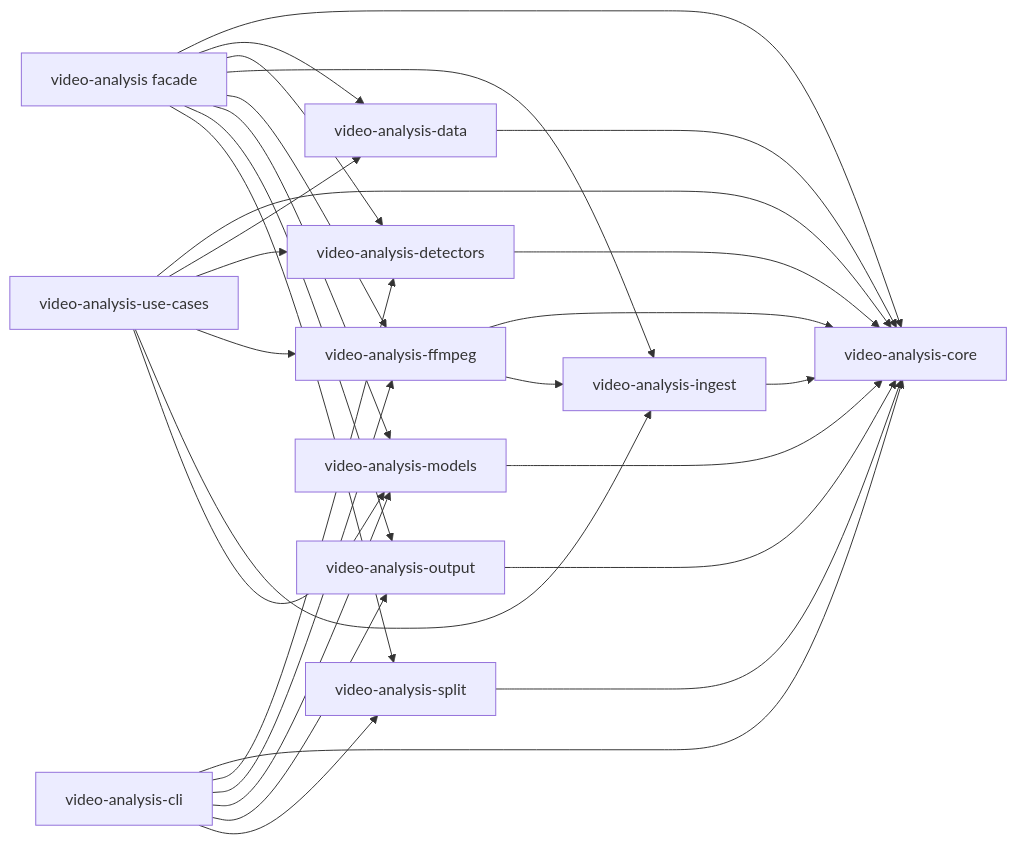
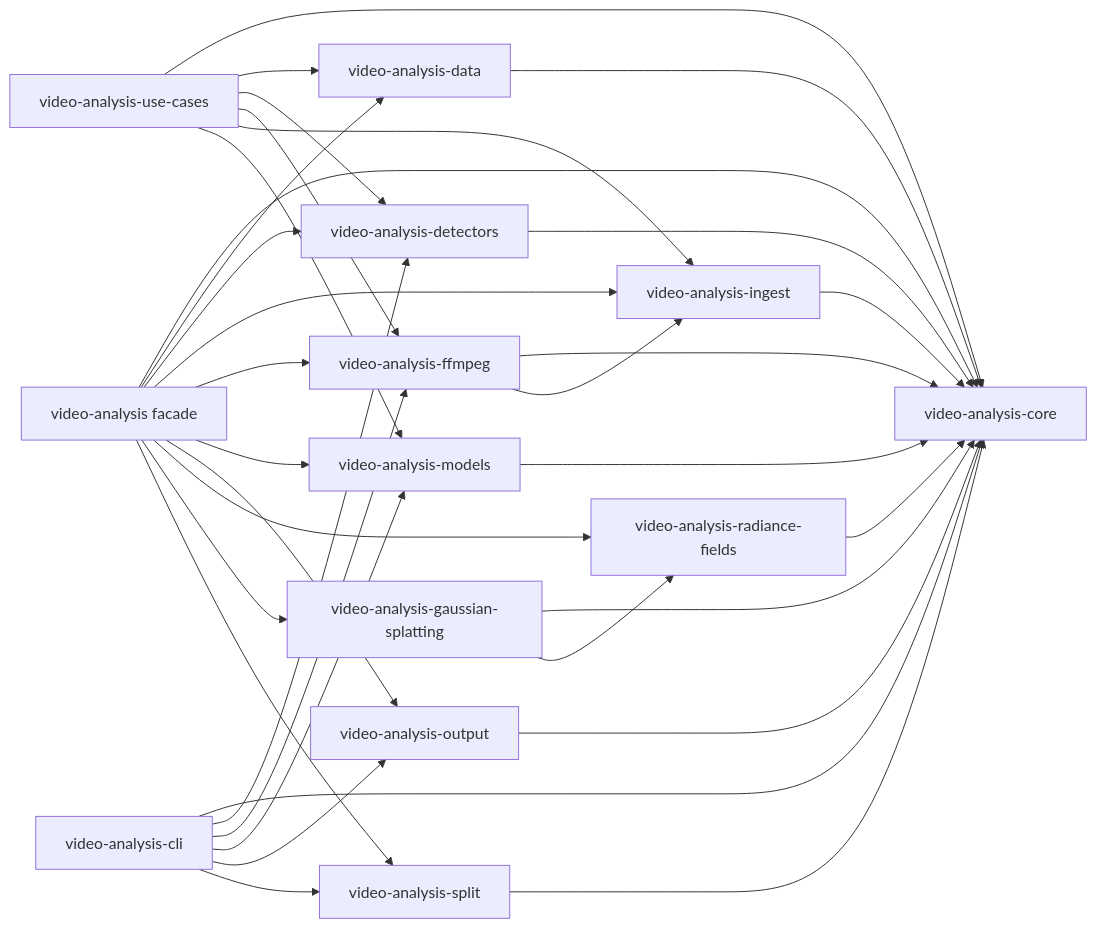
Before and after one commit to moritzbrantner/rust-packages: the diagram in README.md, drawn with Mermaid. The commit also changed other lines of this file and 7 other files, not shown here.

First line of the commit message:
Add radiance-field and Gaussian splatting crates

````diff
--- a/README.md
+++ b/README.md
@@ -86,48 +91,55 @@
 ```mermaid
 flowchart LR
     core[video-analysis-core]
 
     data[video-analysis-data]
     detectors[video-analysis-detectors]
     ingest[video-analysis-ingest]
     ffmpeg[video-analysis-ffmpeg]
     output[video-analysis-output]
     split[video-analysis-split]
     models[video-analysis-models]
+    radiance[video-analysis-radiance-fields]
+    splatting[video-analysis-gaussian-splatting]
 
     root[video-analysis facade]
     cli[video-analysis-cli]
     usecases[video-analysis-use-cases]
 
     detectors --> core
     data --> core
     ingest --> core
     ffmpeg --> core
     ffmpeg --> ingest
     output --> core
     split --> core
     models --> core
+    radiance --> core
+    splatting --> core
+    splatting --> radiance
 
     root --> core
     root --> data
     root --> detectors
     root --> ingest
     root --> ffmpeg
     root --> models
     root --> output
+    root --> radiance
+    root --> splatting
     root --> split
 
     cli --> core
     cli --> detectors
     cli --> ffmpeg
     cli --> models
     cli --> output
     cli --> split
 
     usecases --> core
     usecases --> data
     usecases --> detectors
     usecases --> ffmpeg
     usecases --> ingest
     usecases --> models
 ```
````
